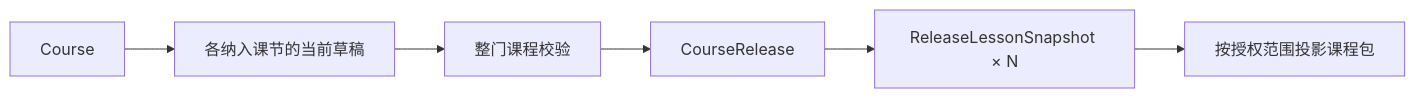
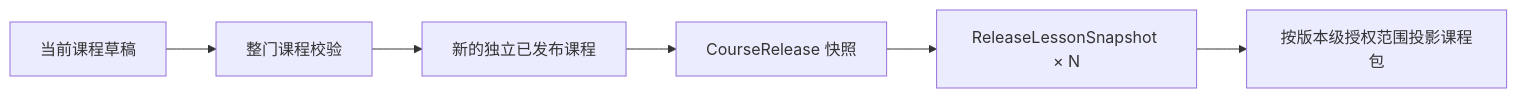
Before and after one commit to xiaobaiworld/lessonpilot: the second of 3 diagrams in doc/design/v1/04-domain-data-model.md, drawn with Mermaid. The commit also changed other lines of this file and 25 other files, not shown here.

````diff
--- a/doc/design/v1/04-domain-data-model.md
+++ b/doc/design/v1/04-domain-data-model.md
@@ -201,8 +202,8 @@
 ```mermaid
 flowchart LR
-  Course[Course] --> Drafts[各纳入课节的当前草稿]
-  Drafts --> Validate[整门课程校验]
-  Validate --> Release[CourseRelease]
+  Draft[当前课程草稿] --> Validate[整门课程校验]
+  Validate --> PublishedCourse[新的独立已发布课程]
+  PublishedCourse --> Release[CourseRelease 快照]
   Release --> Snapshots[ReleaseLessonSnapshot × N]
-  Snapshots --> Package[按授权范围投影课程包]
+  Snapshots --> Package[按版本级授权范围投影课程包]
 ```
````
